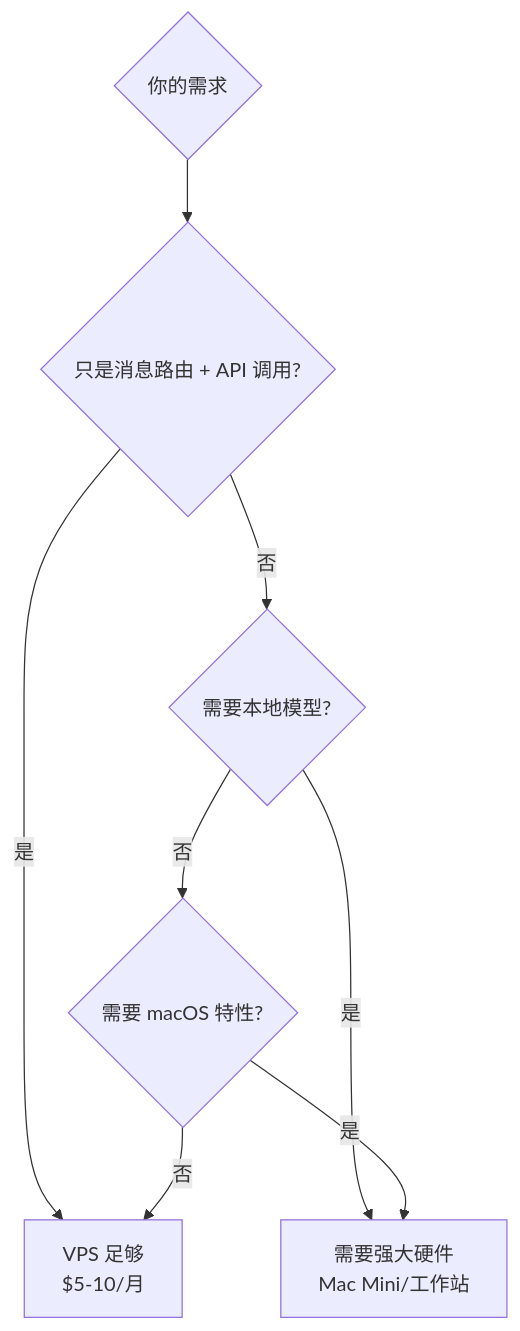
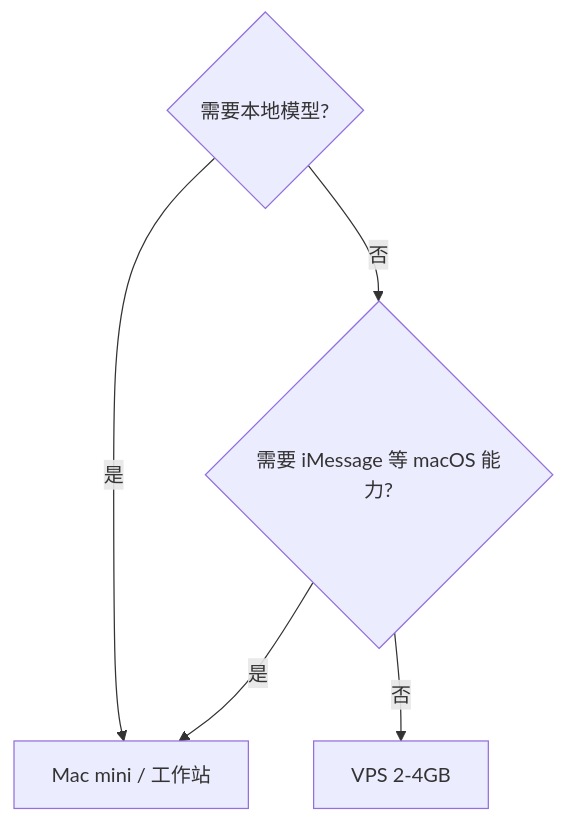
One commit to lixu33/blog changed the third of 3 diagrams in docs/ai/openclaw.md. Above: the diagram before and after it, drawn with Mermaid. The commit also changed other lines of this file and 13 other files, not shown here.

````diff
--- a/docs/ai/openclaw.md
+++ b/docs/ai/openclaw.md
@@ -318,10 +193,7 @@
 ```mermaid
 graph TD
-    A{你的需求} --> B{只是消息路由 + API 调用?}
-    B -->|是| C[VPS 足够<br/>$5-10/月]
-    B -->|否| D{需要本地模型?}
-    D -->|是| E[需要强大硬件<br/>Mac Mini/工作站]
-    D -->|否| F{需要 macOS 特性?}
-    F -->|是| E
-    F -->|否| C
+    A{需要本地模型?} -->|是| B[Mac mini / 工作站]
+    A -->|否| C{需要 iMessage 等 macOS 能力?}
+    C -->|是| B
+    C -->|否| D[VPS 2-4GB]
 ```
````
